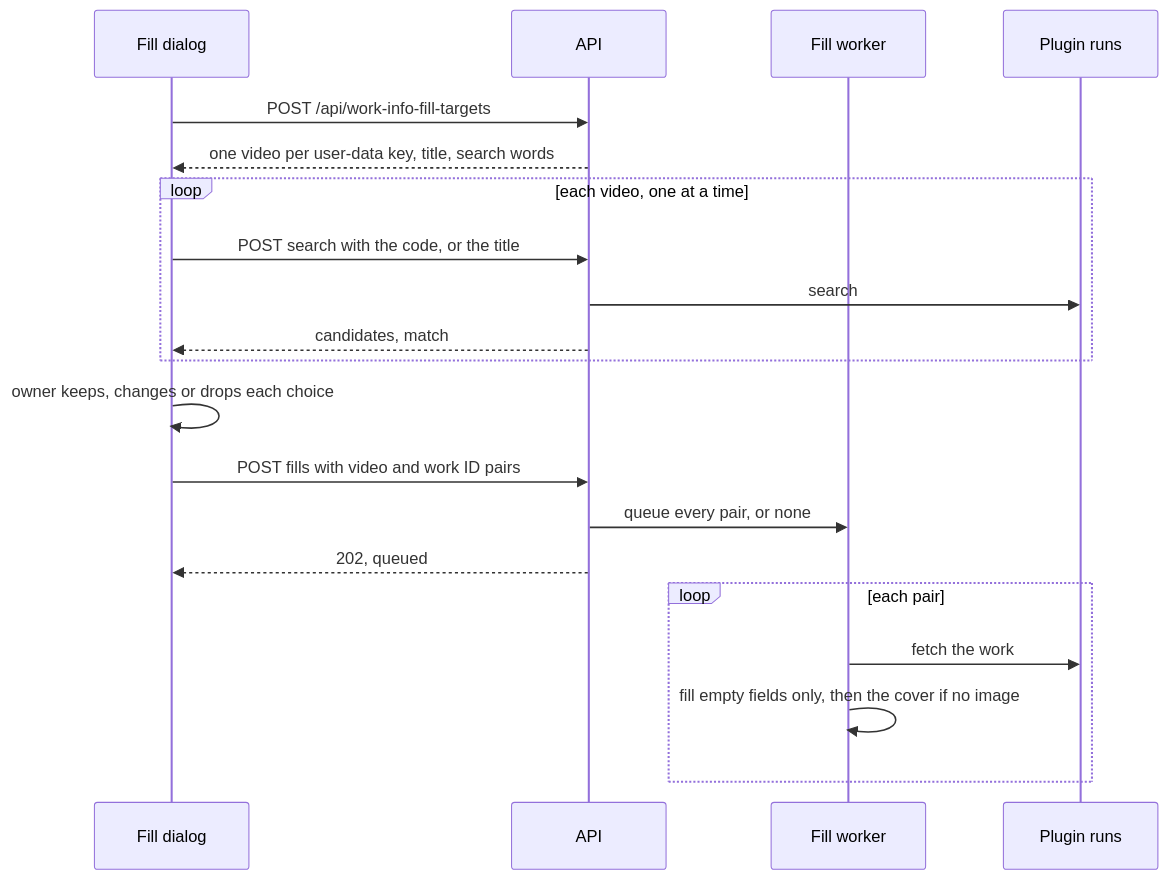
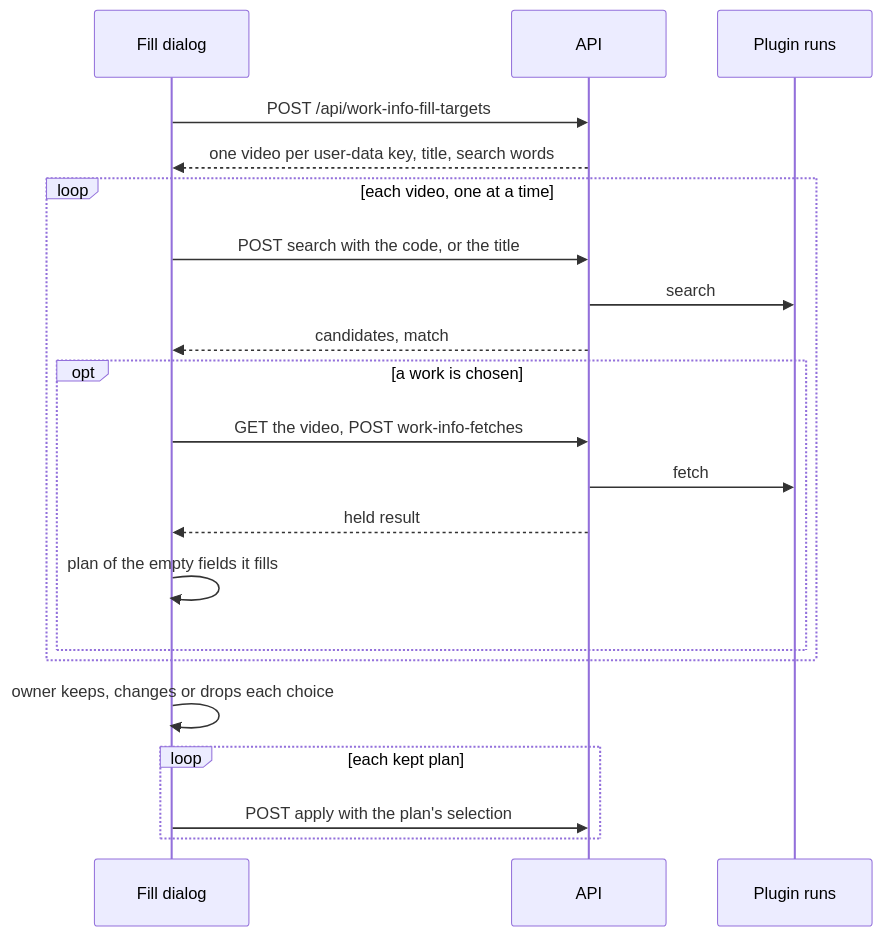
One commit to syudead/vv changed the second of 2 diagrams in docs/design-docs/link-fetch.md. Above: the diagram before and after it, drawn with Mermaid. The commit also changed other lines of this file and 22 other files, not shown here.

First line of the commit message:
Preview each video's fill and apply the reviewed results

````diff
--- a/docs/design-docs/link-fetch.md
+++ b/docs/design-docs/link-fetch.md
@@ -167,22 +169,23 @@
 ```mermaid
 sequenceDiagram
   participant P as Fill dialog
   participant H as API
-  participant Q as Fill worker
   participant R as Plugin runs
   P->>H: POST /api/work-info-fill-targets
   H-->>P: one video per user-data key, title, search words
   loop each video, one at a time
     P->>H: POST search with the code, or the title
     H->>R: search
     H-->>P: candidates, match
+    opt a work is chosen
+      P->>H: GET the video, POST work-info-fetches
+      H->>R: fetch
+      H-->>P: held result
+      P->>P: plan of the empty fields it fills
+    end
   end
   P->>P: owner keeps, changes or drops each choice
-  P->>H: POST fills with video and work ID pairs
-  H->>Q: queue every pair, or none
-  H-->>P: 202, queued
-  loop each pair
-    Q->>R: fetch the work
-    Q->>Q: fill empty fields only, then the cover if no image
+  loop each kept plan
+    P->>H: POST apply with the plan's selection
   end
 ```
````
